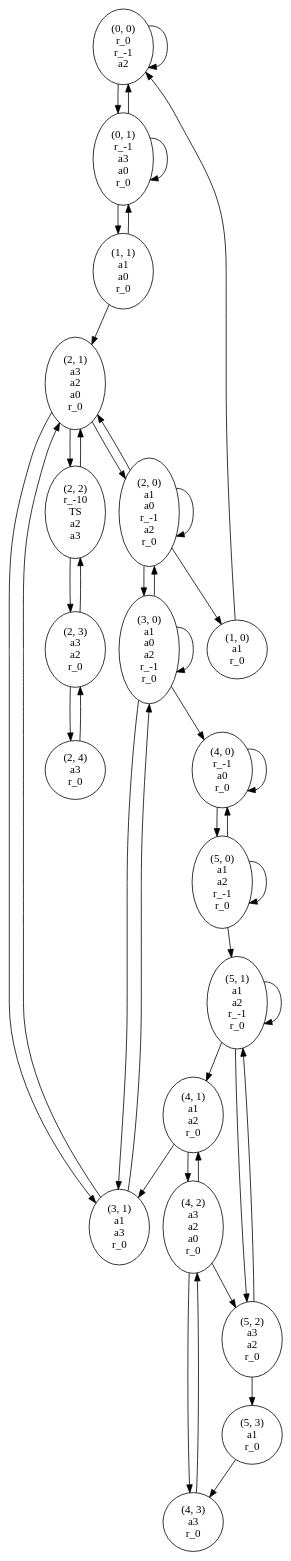
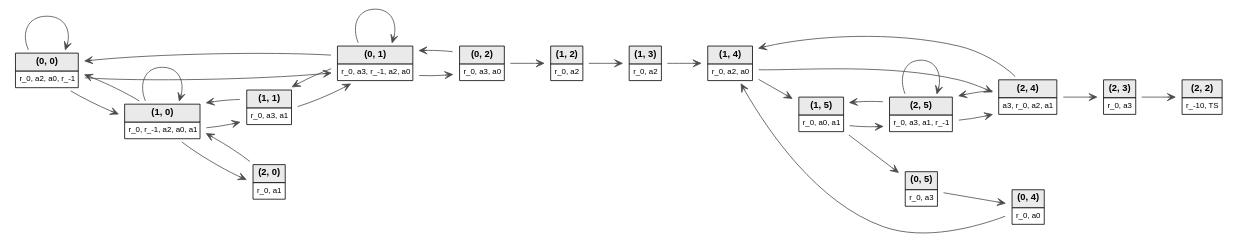
One commit to sebasaguerre/MentalModel_Generator_SymbolicAI changed the diagram in Digraph.gv. Above: the diagram before and after it, drawn with Graphviz. The commit also changed 6 other files, not shown here.

```diff
--- a/Digraph.gv
+++ b/Digraph.gv
@@ -1,127 +1,132 @@
 digraph {
-	"(0, 0)" [label="(0, 0)
-r_0
-r_-1
-a2"]
-	"(0, 1)" [label="(0, 1)
-r_-1
-a3
-a0
-r_0"]
-	"(1, 1)" [label="(1, 1)
-a1
-a0
-r_0"]
-	"(2, 1)" [label="(2, 1)
-a3
-a2
-a0
-r_0"]
-	"(2, 0)" [label="(2, 0)
-a1
-a0
-r_-1
-a2
-r_0"]
-	"(3, 0)" [label="(3, 0)
-a1
-a0
-a2
-r_-1
-r_0"]
-	"(3, 1)" [label="(3, 1)
-a1
-a3
-r_0"]
-	"(4, 0)" [label="(4, 0)
-r_-1
-a0
-r_0"]
-	"(5, 0)" [label="(5, 0)
-a1
-a2
-r_-1
-r_0"]
-	"(5, 1)" [label="(5, 1)
-a1
-a2
-r_-1
-r_0"]
-	"(4, 1)" [label="(4, 1)
-a1
-a2
-r_0"]
-	"(4, 2)" [label="(4, 2)
-a3
-a2
-a0
-r_0"]
-	"(4, 3)" [label="(4, 3)
-a3
-r_0"]
-	"(5, 2)" [label="(5, 2)
-a3
-a2
-r_0"]
-	"(5, 3)" [label="(5, 3)
-a1
-r_0"]
-	"(1, 0)" [label="(1, 0)
-a1
-r_0"]
-	"(2, 2)" [label="(2, 2)
-r_-10
-TS
-a2
-a3"]
-	"(2, 3)" [label="(2, 3)
-a3
-a2
-r_0"]
-	"(2, 4)" [label="(2, 4)
-a3
-r_0"]
-	"(0, 0)" -> "(0, 1)"
-	"(0, 0)" -> "(0, 0)"
-	"(0, 1)" -> "(0, 1)"
-	"(0, 1)" -> "(1, 1)"
-	"(0, 1)" -> "(0, 0)"
-	"(1, 1)" -> "(0, 1)"
-	"(1, 1)" -> "(2, 1)"
-	"(2, 1)" -> "(3, 1)"
-	"(2, 1)" -> "(2, 0)"
-	"(2, 1)" -> "(2, 2)"
-	"(2, 0)" -> "(1, 0)"
-	"(2, 0)" -> "(2, 0)"
-	"(2, 0)" -> "(2, 1)"
-	"(2, 0)" -> "(3, 0)"
-	"(3, 0)" -> "(3, 1)"
-	"(3, 0)" -> "(4, 0)"
-	"(3, 0)" -> "(2, 0)"
-	"(3, 0)" -> "(3, 0)"
-	"(3, 1)" -> "(2, 1)"
-	"(3, 1)" -> "(3, 0)"
-	"(4, 0)" -> "(4, 0)"
-	"(4, 0)" -> "(5, 0)"
-	"(5, 0)" -> "(4, 0)"
-	"(5, 0)" -> "(5, 0)"
-	"(5, 0)" -> "(5, 1)"
-	"(5, 1)" -> "(4, 1)"
-	"(5, 1)" -> "(5, 1)"
-	"(5, 1)" -> "(5, 2)"
-	"(4, 1)" -> "(3, 1)"
-	"(4, 1)" -> "(4, 2)"
-	"(4, 2)" -> "(5, 2)"
-	"(4, 2)" -> "(4, 1)"
-	"(4, 2)" -> "(4, 3)"
-	"(4, 3)" -> "(4, 2)"
-	"(5, 2)" -> "(5, 3)"
-	"(5, 2)" -> "(5, 1)"
-	"(5, 3)" -> "(4, 3)"
-	"(1, 0)" -> "(0, 0)"
-	"(2, 2)" -> "(2, 3)"
-	"(2, 2)" -> "(2, 1)"
-	"(2, 3)" -> "(2, 4)"
-	"(2, 3)" -> "(2, 2)"
-	"(2, 4)" -> "(2, 3)"
+	node [fontname="Helvetica,Arial,sans-serif" fontsize=12 shape=padded_box]
+	nodesep=0.6 ranksep=0.6
+	rankdir=LR
+	"(0, 0)" [label=<
+            <TABLE BORDER="0" CELLBORDER="1" CELLSPACING="0" CELLPADDING="4">
+            <TR><TD BGCOLOR="#EAEAEA"><B>(0, 0)</B></TD></TR>
+            <TR><TD BGCOLOR="#FFFFFF"><FONT POINT-SIZE="10">r_0, a2, a0, r_-1</FONT></TD></TR>
+            </TABLE>
+            > shape=none]
+	"(1, 0)" [label=<
+            <TABLE BORDER="0" CELLBORDER="1" CELLSPACING="0" CELLPADDING="4">
+            <TR><TD BGCOLOR="#EAEAEA"><B>(1, 0)</B></TD></TR>
+            <TR><TD BGCOLOR="#FFFFFF"><FONT POINT-SIZE="10">r_0, r_-1, a2, a0, a1</FONT></TD></TR>
+            </TABLE>
+            > shape=none]
+	"(0, 1)" [label=<
+            <TABLE BORDER="0" CELLBORDER="1" CELLSPACING="0" CELLPADDING="4">
+            <TR><TD BGCOLOR="#EAEAEA"><B>(0, 1)</B></TD></TR>
+            <TR><TD BGCOLOR="#FFFFFF"><FONT POINT-SIZE="10">r_0, a3, r_-1, a2, a0</FONT></TD></TR>
+            </TABLE>
+            > shape=none]
+	"(1, 1)" [label=<
+            <TABLE BORDER="0" CELLBORDER="1" CELLSPACING="0" CELLPADDING="4">
+            <TR><TD BGCOLOR="#EAEAEA"><B>(1, 1)</B></TD></TR>
+            <TR><TD BGCOLOR="#FFFFFF"><FONT POINT-SIZE="10">r_0, a3, a1</FONT></TD></TR>
+            </TABLE>
+            > shape=none]
+	"(2, 0)" [label=<
+            <TABLE BORDER="0" CELLBORDER="1" CELLSPACING="0" CELLPADDING="4">
+            <TR><TD BGCOLOR="#EAEAEA"><B>(2, 0)</B></TD></TR>
+            <TR><TD BGCOLOR="#FFFFFF"><FONT POINT-SIZE="10">r_0, a1</FONT></TD></TR>
+            </TABLE>
+            > shape=none]
+	"(0, 2)" [label=<
+            <TABLE BORDER="0" CELLBORDER="1" CELLSPACING="0" CELLPADDING="4">
+            <TR><TD BGCOLOR="#EAEAEA"><B>(0, 2)</B></TD></TR>
+            <TR><TD BGCOLOR="#FFFFFF"><FONT POINT-SIZE="10">r_0, a3, a0</FONT></TD></TR>
+            </TABLE>
+            > shape=none]
+	"(1, 2)" [label=<
+            <TABLE BORDER="0" CELLBORDER="1" CELLSPACING="0" CELLPADDING="4">
+            <TR><TD BGCOLOR="#EAEAEA"><B>(1, 2)</B></TD></TR>
+            <TR><TD BGCOLOR="#FFFFFF"><FONT POINT-SIZE="10">r_0, a2</FONT></TD></TR>
+            </TABLE>
+            > shape=none]
+	"(1, 3)" [label=<
+            <TABLE BORDER="0" CELLBORDER="1" CELLSPACING="0" CELLPADDING="4">
+            <TR><TD BGCOLOR="#EAEAEA"><B>(1, 3)</B></TD></TR>
+            <TR><TD BGCOLOR="#FFFFFF"><FONT POINT-SIZE="10">r_0, a2</FONT></TD></TR>
+            </TABLE>
+            > shape=none]
+	"(1, 4)" [label=<
+            <TABLE BORDER="0" CELLBORDER="1" CELLSPACING="0" CELLPADDING="4">
+            <TR><TD BGCOLOR="#EAEAEA"><B>(1, 4)</B></TD></TR>
+            <TR><TD BGCOLOR="#FFFFFF"><FONT POINT-SIZE="10">r_0, a2, a0</FONT></TD></TR>
+            </TABLE>
+            > shape=none]
+	"(1, 5)" [label=<
+            <TABLE BORDER="0" CELLBORDER="1" CELLSPACING="0" CELLPADDING="4">
+            <TR><TD BGCOLOR="#EAEAEA"><B>(1, 5)</B></TD></TR>
+            <TR><TD BGCOLOR="#FFFFFF"><FONT POINT-SIZE="10">r_0, a0, a1</FONT></TD></TR>
+            </TABLE>
+            > shape=none]
+	"(2, 5)" [label=<
+            <TABLE BORDER="0" CELLBORDER="1" CELLSPACING="0" CELLPADDING="4">
+            <TR><TD BGCOLOR="#EAEAEA"><B>(2, 5)</B></TD></TR>
+            <TR><TD BGCOLOR="#FFFFFF"><FONT POINT-SIZE="10">r_0, a3, a1, r_-1</FONT></TD></TR>
+            </TABLE>
+            > shape=none]
+	"(0, 5)" [label=<
+            <TABLE BORDER="0" CELLBORDER="1" CELLSPACING="0" CELLPADDING="4">
+            <TR><TD BGCOLOR="#EAEAEA"><B>(0, 5)</B></TD></TR>
+            <TR><TD BGCOLOR="#FFFFFF"><FONT POINT-SIZE="10">r_0, a3</FONT></TD></TR>
+            </TABLE>
+            > shape=none]
+	"(0, 4)" [label=<
+            <TABLE BORDER="0" CELLBORDER="1" CELLSPACING="0" CELLPADDING="4">
+            <TR><TD BGCOLOR="#EAEAEA"><B>(0, 4)</B></TD></TR>
+            <TR><TD BGCOLOR="#FFFFFF"><FONT POINT-SIZE="10">r_0, a0</FONT></TD></TR>
+            </TABLE>
+            > shape=none]
+	"(2, 4)" [label=<
+            <TABLE BORDER="0" CELLBORDER="1" CELLSPACING="0" CELLPADDING="4">
+            <TR><TD BGCOLOR="#EAEAEA"><B>(2, 4)</B></TD></TR>
+            <TR><TD BGCOLOR="#FFFFFF"><FONT POINT-SIZE="10">a3, r_0, a2, a1</FONT></TD></TR>
+            </TABLE>
+            > shape=none]
+	"(2, 3)" [label=<
+            <TABLE BORDER="0" CELLBORDER="1" CELLSPACING="0" CELLPADDING="4">
+            <TR><TD BGCOLOR="#EAEAEA"><B>(2, 3)</B></TD></TR>
+            <TR><TD BGCOLOR="#FFFFFF"><FONT POINT-SIZE="10">r_0, a3</FONT></TD></TR>
+            </TABLE>
+            > shape=none]
+	"(2, 2)" [label=<
+            <TABLE BORDER="0" CELLBORDER="1" CELLSPACING="0" CELLPADDING="4">
+            <TR><TD BGCOLOR="#EAEAEA"><B>(2, 2)</B></TD></TR>
+            <TR><TD BGCOLOR="#FFFFFF"><FONT POINT-SIZE="10">r_-10, TS</FONT></TD></TR>
+            </TABLE>
+            > shape=none]
+	"(0, 0)" -> "(1, 0)" [arrowhead=vee color="#4a4a4a"]
+	"(0, 0)" -> "(0, 1)" [arrowhead=vee color="#4a4a4a"]
+	"(0, 0)" -> "(0, 0)" [arrowhead=vee color="#4a4a4a"]
+	"(1, 0)" -> "(1, 0)" [arrowhead=vee color="#4a4a4a"]
+	"(1, 0)" -> "(1, 1)" [arrowhead=vee color="#4a4a4a"]
+	"(1, 0)" -> "(2, 0)" [arrowhead=vee color="#4a4a4a"]
+	"(1, 0)" -> "(0, 0)" [arrowhead=vee color="#4a4a4a"]
+	"(0, 1)" -> "(0, 1)" [arrowhead=vee color="#4a4a4a"]
+	"(0, 1)" -> "(0, 2)" [arrowhead=vee color="#4a4a4a"]
+	"(0, 1)" -> "(1, 1)" [arrowhead=vee color="#4a4a4a"]
+	"(0, 1)" -> "(0, 0)" [arrowhead=vee color="#4a4a4a"]
+	"(1, 1)" -> "(0, 1)" [arrowhead=vee color="#4a4a4a"]
+	"(1, 1)" -> "(1, 0)" [arrowhead=vee color="#4a4a4a"]
+	"(2, 0)" -> "(1, 0)" [arrowhead=vee color="#4a4a4a"]
+	"(0, 2)" -> "(0, 1)" [arrowhead=vee color="#4a4a4a"]
+	"(0, 2)" -> "(1, 2)" [arrowhead=vee color="#4a4a4a"]
+	"(1, 2)" -> "(1, 3)" [arrowhead=vee color="#4a4a4a"]
+	"(1, 3)" -> "(1, 4)" [arrowhead=vee color="#4a4a4a"]
+	"(1, 4)" -> "(2, 4)" [arrowhead=vee color="#4a4a4a"]
+	"(1, 4)" -> "(1, 5)" [arrowhead=vee color="#4a4a4a"]
+	"(1, 5)" -> "(2, 5)" [arrowhead=vee color="#4a4a4a"]
+	"(1, 5)" -> "(0, 5)" [arrowhead=vee color="#4a4a4a"]
+	"(2, 5)" -> "(2, 4)" [arrowhead=vee color="#4a4a4a"]
+	"(2, 5)" -> "(2, 5)" [arrowhead=vee color="#4a4a4a"]
+	"(2, 5)" -> "(1, 5)" [arrowhead=vee color="#4a4a4a"]
+	"(0, 5)" -> "(0, 4)" [arrowhead=vee color="#4a4a4a"]
+	"(0, 4)" -> "(1, 4)" [arrowhead=vee color="#4a4a4a"]
+	"(2, 4)" -> "(2, 3)" [arrowhead=vee color="#4a4a4a"]
+	"(2, 4)" -> "(2, 5)" [arrowhead=vee color="#4a4a4a"]
+	"(2, 4)" -> "(1, 4)" [arrowhead=vee color="#4a4a4a"]
+	"(2, 3)" -> "(2, 2)" [arrowhead=vee color="#4a4a4a"]
 }
```
